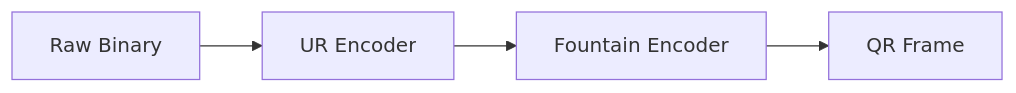
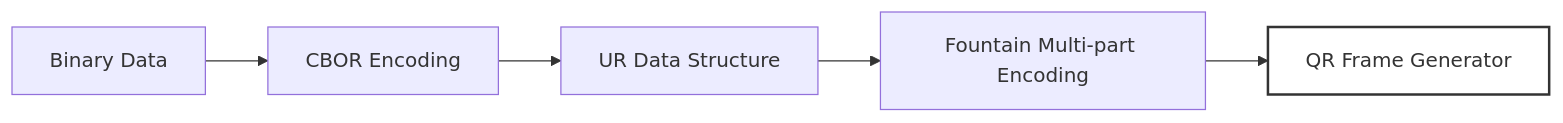
One commit to ImL1s/dart_web3 changed the diagram in dart_web3/packages/hardware/bc_ur/README.md. Above: the diagram before and after it, drawn with Mermaid. The commit also changed other lines of this file and 31 other files, not shown here.

````diff
--- a/dart_web3/packages/hardware/bc_ur/README.md
+++ b/dart_web3/packages/hardware/bc_ur/README.md
@@ -14,6 +17,9 @@
 ```mermaid
 graph LR
-    Binary[Raw Binary] --> UR[UR Encoder]
-    UR --> Fountain[Fountain Encoder]
-    Fountain --> QR[QR Frame]
+    Bytes[Binary Data] --> CBOR[CBOR Encoding]
+    CBOR --> UR[UR Data Structure]
+    UR --> Fountain[Fountain Multi-part Encoding]
+    Fountain --> QR[QR Frame Generator]
+    
+    style QR fill:#fff,stroke:#333,stroke-width:2px;
 ```
````
